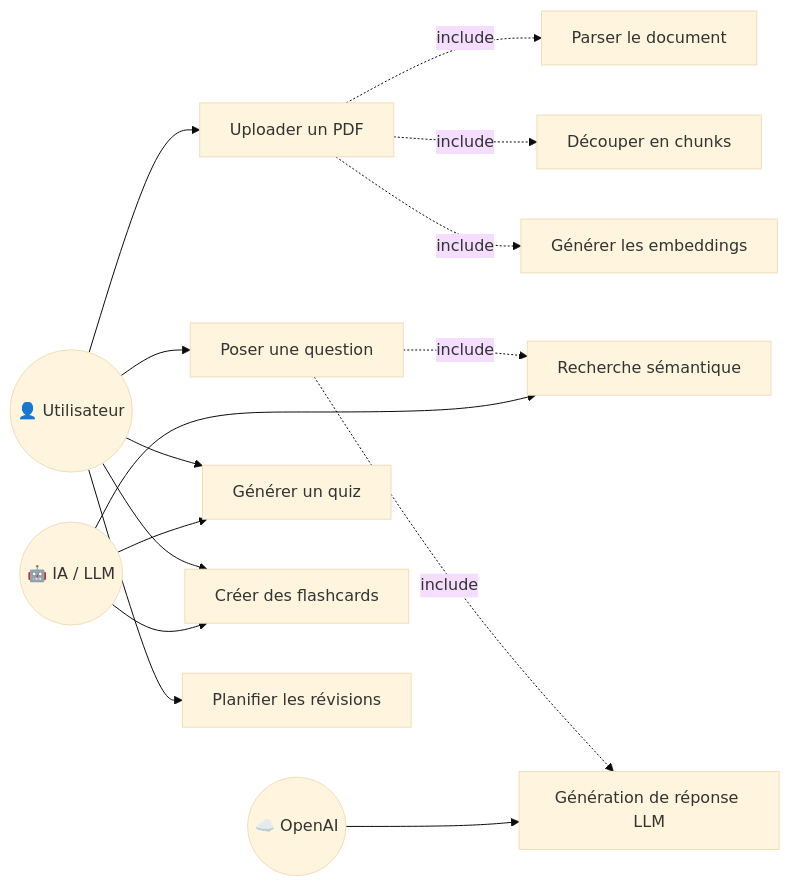
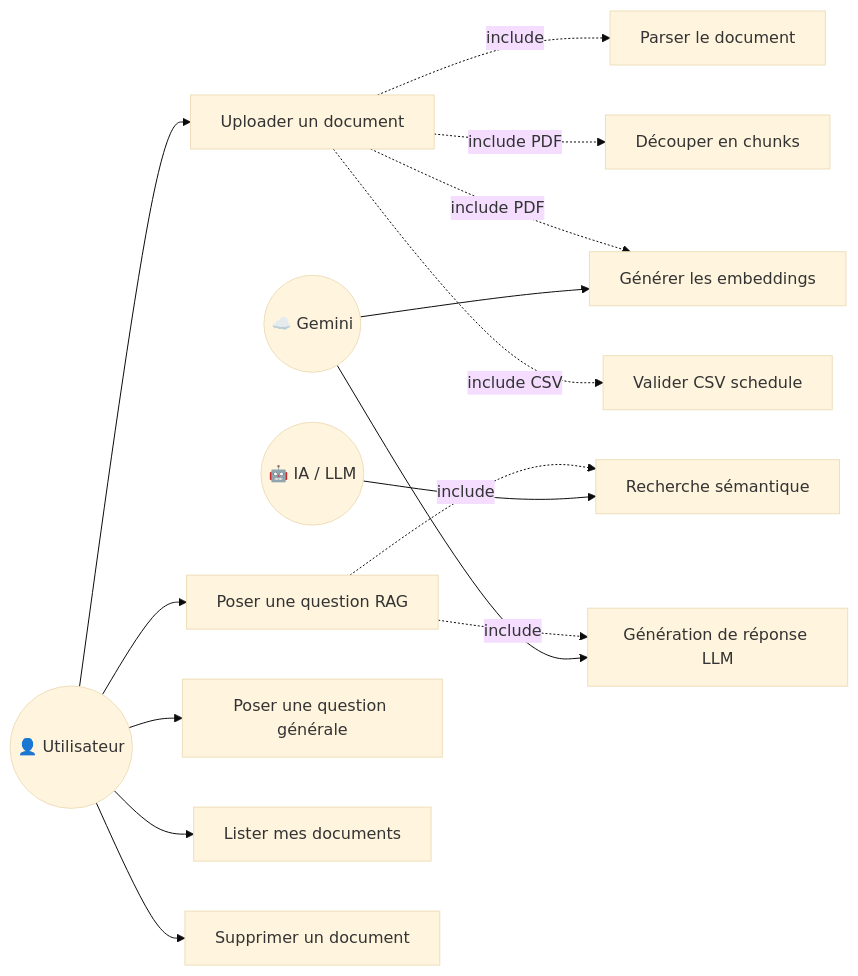
One commit to Jkacem/smart_focus changed the sixth of 11 diagrams in docs/Conception_CasUtilisation.md. Above: the diagram before and after it, drawn with Mermaid (base theme). The commit also changed other lines of this file and 8 other files, not shown here.

````diff
--- a/docs/Conception_CasUtilisation.md
+++ b/docs/Conception_CasUtilisation.md
@@ -276,36 +384,37 @@
 ```mermaid
 graph LR
     User(("👤 Utilisateur"))
     IA(("🤖 IA / LLM"))
-    API(("☁️ OpenAI"))
+    API(("☁️ Gemini"))
 
-    UC12["Uploader un PDF"]
-    UC13["Poser une question"]
-    UC14["Générer un quiz"]
-    UC15["Créer des flashcards"]
-    UC16["Planifier les révisions"]
+    UC12["Uploader un document"]
+    UC13["Poser une question RAG"]
+    UC13g["Poser une question générale"]
+    UC12l["Lister mes documents"]
+    UC12d["Supprimer un document"]
 
     UC12a["Parser le document"]
     UC12b["Découper en chunks"]
     UC12c["Générer les embeddings"]
+    UC12v["Valider CSV schedule"]
     UC13a["Recherche sémantique"]
     UC13b["Génération de réponse LLM"]
 
     User --> UC12
     User --> UC13
-    User --> UC14
-    User --> UC15
-    User --> UC16
+    User --> UC13g
+    User --> UC12l
+    User --> UC12d
 
     UC12 -.->|include| UC12a
-    UC12 -.->|include| UC12b
-    UC12 -.->|include| UC12c
+    UC12 -.->|include PDF| UC12b
+    UC12 -.->|include PDF| UC12c
+    UC12 -.->|include CSV| UC12v
 
     UC13 -.->|include| UC13a
     UC13 -.->|include| UC13b
 
     IA --> UC13a
-    IA --> UC14
-    IA --> UC15
     API --> UC13b
+    API --> UC12c
 ```
````
